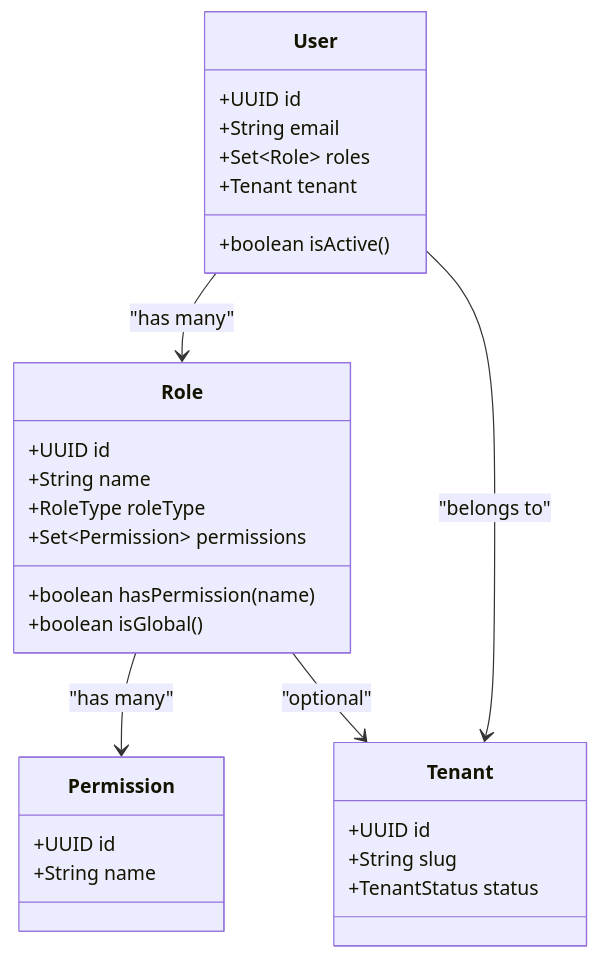
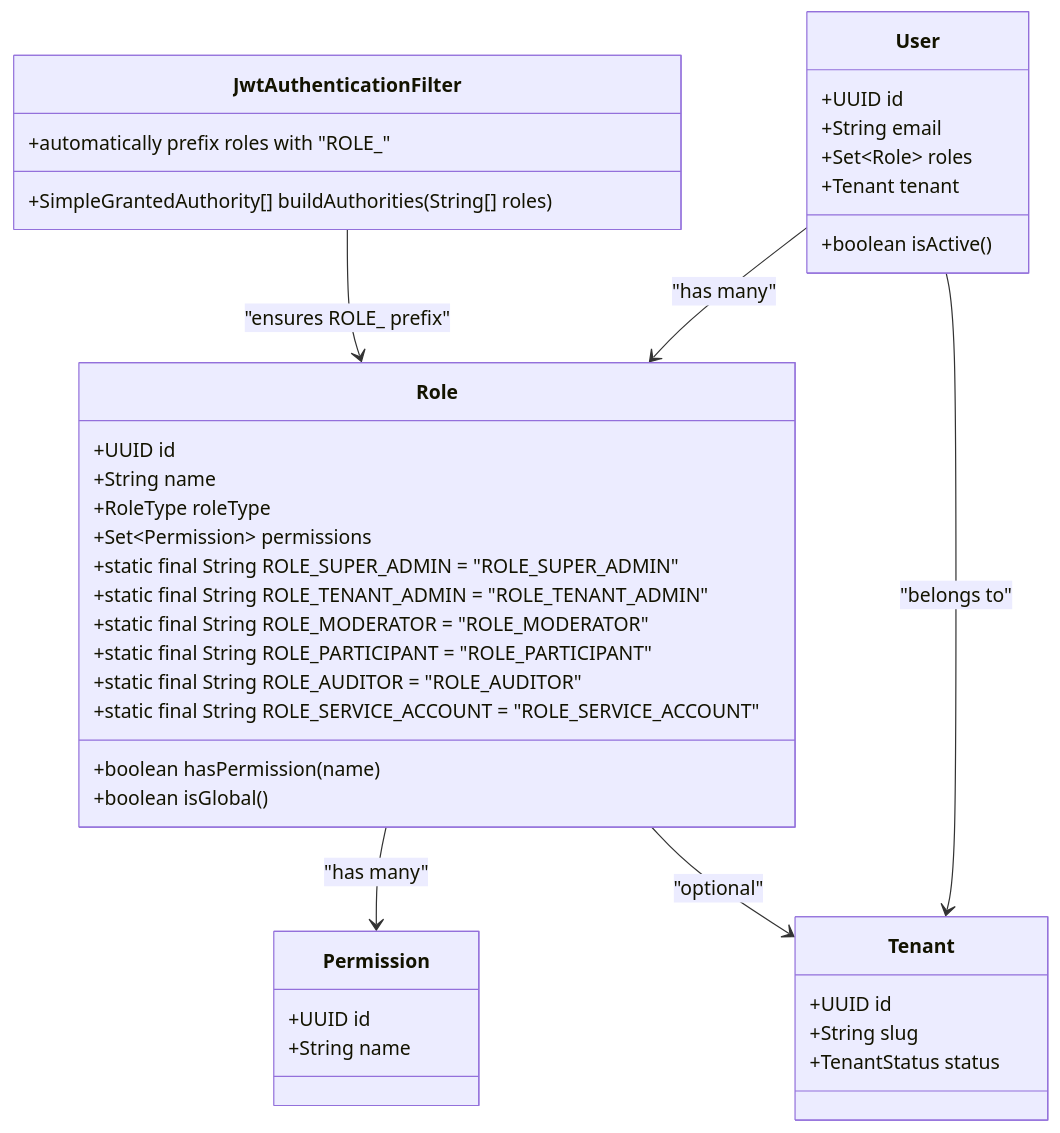
One commit to Vostrikov2014/vks-qoder changed the fourth of 7 diagrams in .qoder/repowiki/en/content/Security Implementation/Security Implementation.md. Above: the diagram before and after it, drawn with Mermaid. The commit also changed other lines of this file and 15 other files, not shown here.

````diff
--- a/.qoder/repowiki/en/content/Security Implementation/Security Implementation.md
+++ b/.qoder/repowiki/en/content/Security Implementation/Security Implementation.md
@@ -214,31 +238,42 @@
 ```mermaid
 classDiagram
 class Role {
 +UUID id
 +String name
 +RoleType roleType
 +Set~Permission~ permissions
 +boolean hasPermission(name)
 +boolean isGlobal()
++static final String ROLE_SUPER_ADMIN = "ROLE_SUPER_ADMIN"
++static final String ROLE_TENANT_ADMIN = "ROLE_TENANT_ADMIN"
++static final String ROLE_MODERATOR = "ROLE_MODERATOR"
++static final String ROLE_PARTICIPANT = "ROLE_PARTICIPANT"
++static final String ROLE_AUDITOR = "ROLE_AUDITOR"
++static final String ROLE_SERVICE_ACCOUNT = "ROLE_SERVICE_ACCOUNT"
 }
 class Permission {
 +UUID id
 +String name
 }
 class Tenant {
 +UUID id
 +String slug
 +TenantStatus status
 }
 class User {
 +UUID id
 +String email
 +Set~Role~ roles
 +Tenant tenant
 +boolean isActive()
 }
+class JwtAuthenticationFilter {
++SimpleGrantedAuthority[] buildAuthorities(String[] roles)
++automatically prefix roles with "ROLE_"
+}
 Role --> Permission : "has many"
 User --> Role : "has many"
 User --> Tenant : "belongs to"
 Role --> Tenant : "optional"
+JwtAuthenticationFilter --> Role : "ensures ROLE_ prefix"
 ```
````
